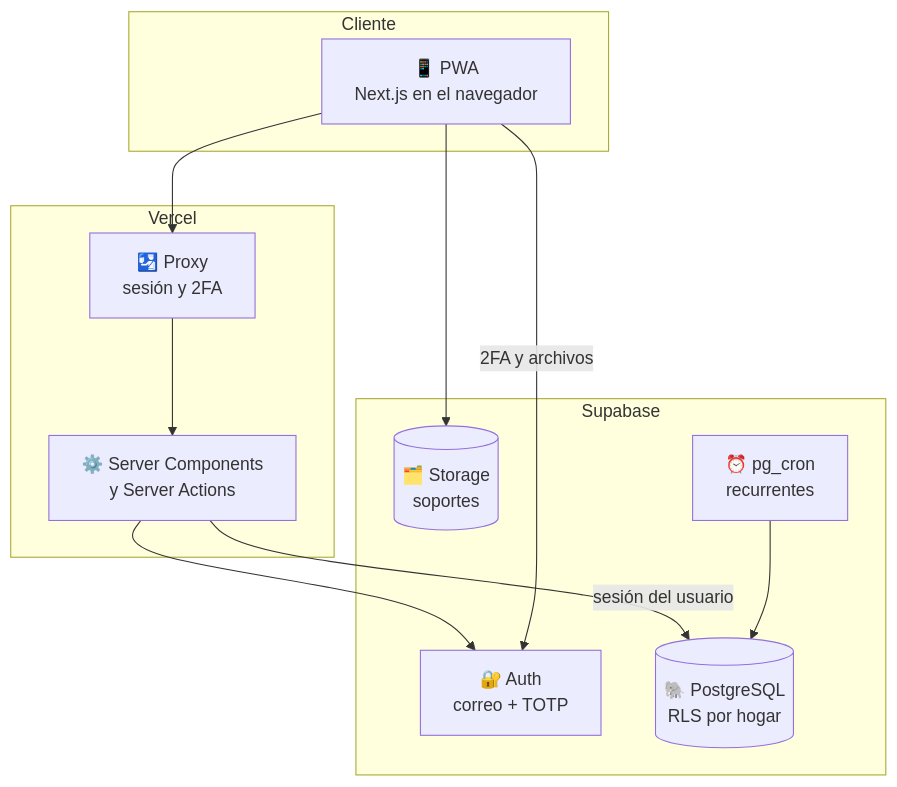
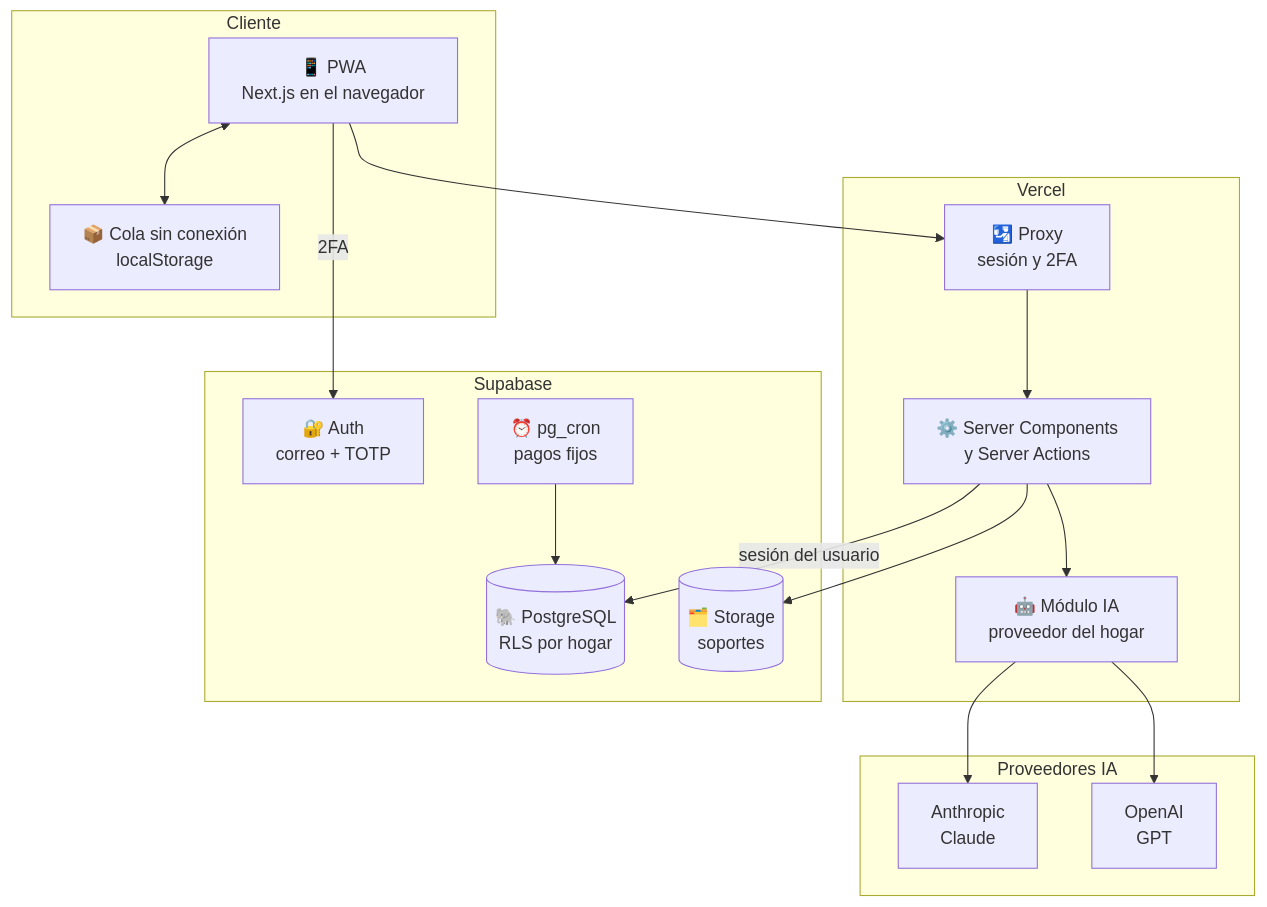
Before and after one commit to Jaider45/My-House: the second of 2 diagrams in README.md, drawn with Mermaid. The commit also changed other lines of this file and 72 other files, not shown here.

````diff
--- a/README.md
+++ b/README.md
@@ -145,22 +182,31 @@
 ```mermaid
 flowchart TB
     subgraph Cliente
         W["📱 PWA<br/>Next.js en el navegador"]
+        Q["📦 Cola sin conexión<br/>localStorage"]
     end
     subgraph Vercel
         P["🛂 Proxy<br/>sesión y 2FA"]
         RSC["⚙️ Server Components<br/>y Server Actions"]
+        IA["🤖 Módulo IA<br/>proveedor del hogar"]
     end
     subgraph Supabase
         AU["🔐 Auth<br/>correo + TOTP"]
         PG[("🐘 PostgreSQL<br/>RLS por hogar")]
         ST[("🗂️ Storage<br/>soportes")]
-        CR["⏰ pg_cron<br/>recurrentes"]
+        CR["⏰ pg_cron<br/>pagos fijos"]
+    end
+    subgraph Proveedores IA
+        AN["Anthropic<br/>Claude"]
+        OA["OpenAI<br/>GPT"]
     end
     W --> P --> RSC
+    W <--> Q
     RSC -- "sesión del usuario" --> PG
-    RSC --> AU
-    W -- "2FA y archivos" --> AU
-    W --> ST
+    RSC --> ST
+    RSC --> IA
+    IA --> AN
+    IA --> OA
+    W -- "2FA" --> AU
     CR --> PG
 ```
````
